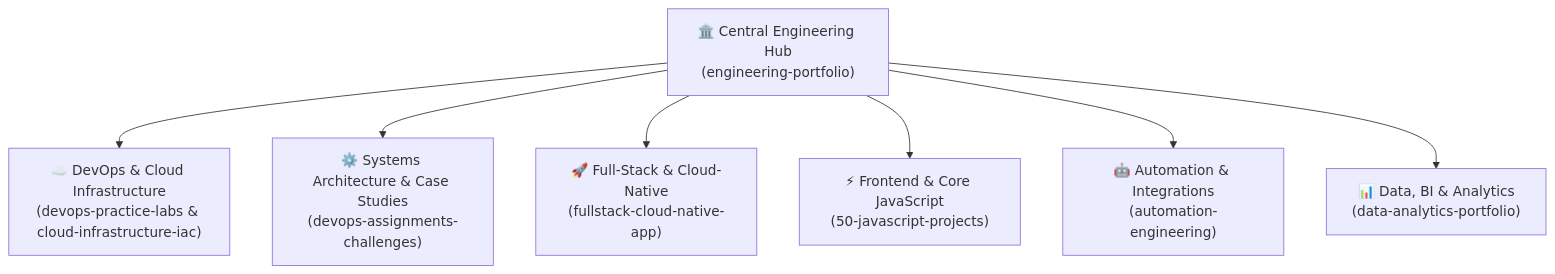
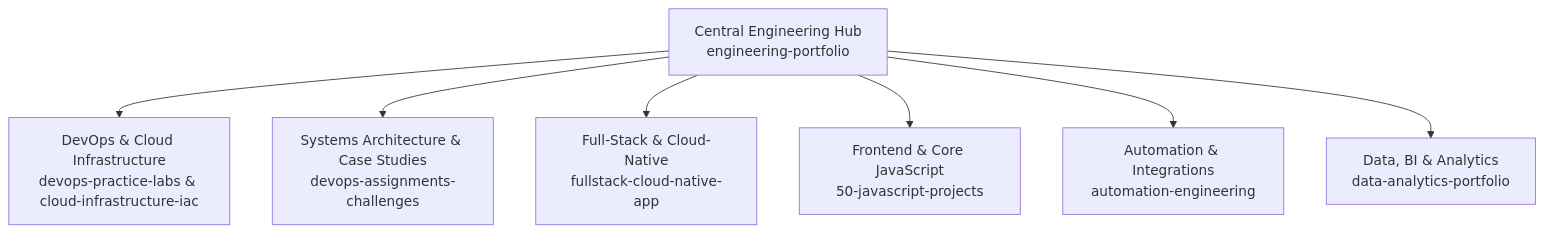
One commit to EmaanHumayun/engineering-portfolio changed the diagram in README.md. Above: the diagram before and after it, drawn with Mermaid. The commit also changed other lines of this file, not shown here.

Commit message:
docs: remove emojis for clean, professional engineering documentation and badges

````diff
--- a/README.md
+++ b/README.md
@@ -15,18 +15,18 @@
 ```mermaid
 flowchart TD
-    HUB["🏛️ Central Engineering Hub<br/>(engineering-portfolio)"]
+    HUB["Central Engineering Hub<br/>engineering-portfolio"]
 
-    D1["☁️ DevOps & Cloud Infrastructure<br/>(devops-practice-labs & cloud-infrastructure-iac)"]
-    D2["⚙️ Systems Architecture & Case Studies<br/>(devops-assignments-challenges)"]
-    D3["🚀 Full-Stack & Cloud-Native<br/>(fullstack-cloud-native-app)"]
-    D4["⚡ Frontend & Core JavaScript<br/>(50-javascript-projects)"]
-    D5["🤖 Automation & Integrations<br/>(automation-engineering)"]
-    D6["📊 Data, BI & Analytics<br/>(data-analytics-portfolio)"]
+    D1["DevOps & Cloud Infrastructure<br/>devops-practice-labs & cloud-infrastructure-iac"]
+    D2["Systems Architecture & Case Studies<br/>devops-assignments-challenges"]
+    D3["Full-Stack & Cloud-Native<br/>fullstack-cloud-native-app"]
+    D4["Frontend & Core JavaScript<br/>50-javascript-projects"]
+    D5["Automation & Integrations<br/>automation-engineering"]
+    D6["Data, BI & Analytics<br/>data-analytics-portfolio"]
 
     HUB --> D1
     HUB --> D2
     HUB --> D3
     HUB --> D4
     HUB --> D5
     HUB --> D6
 ```
````
